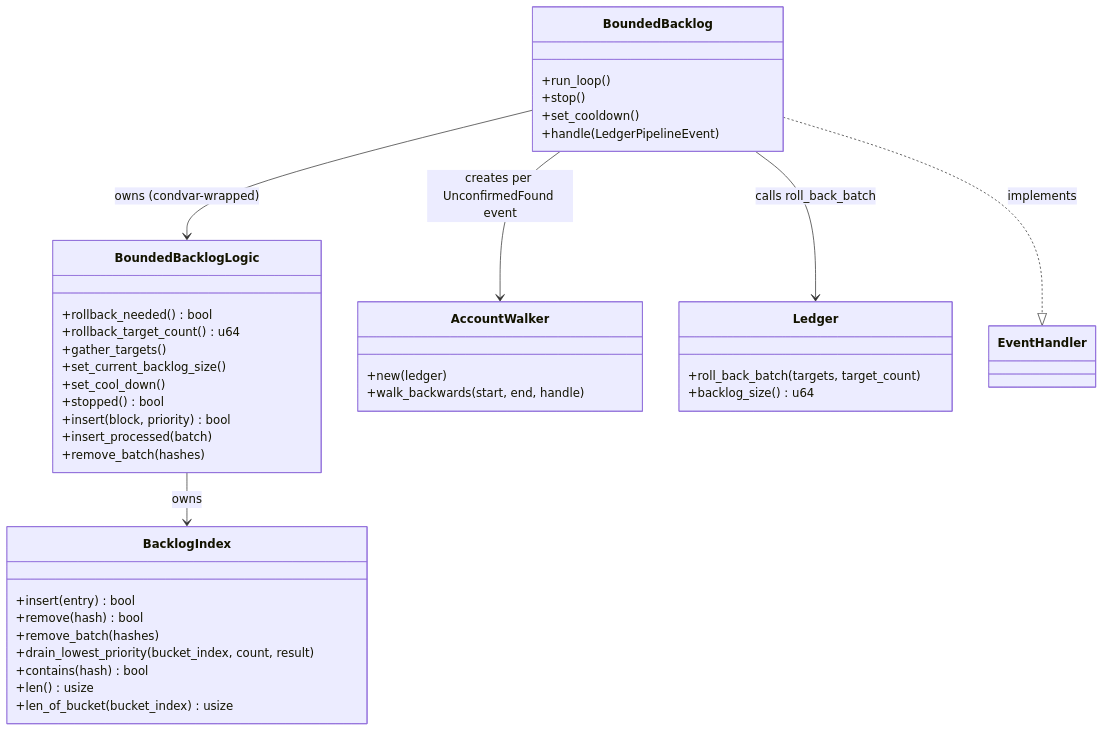
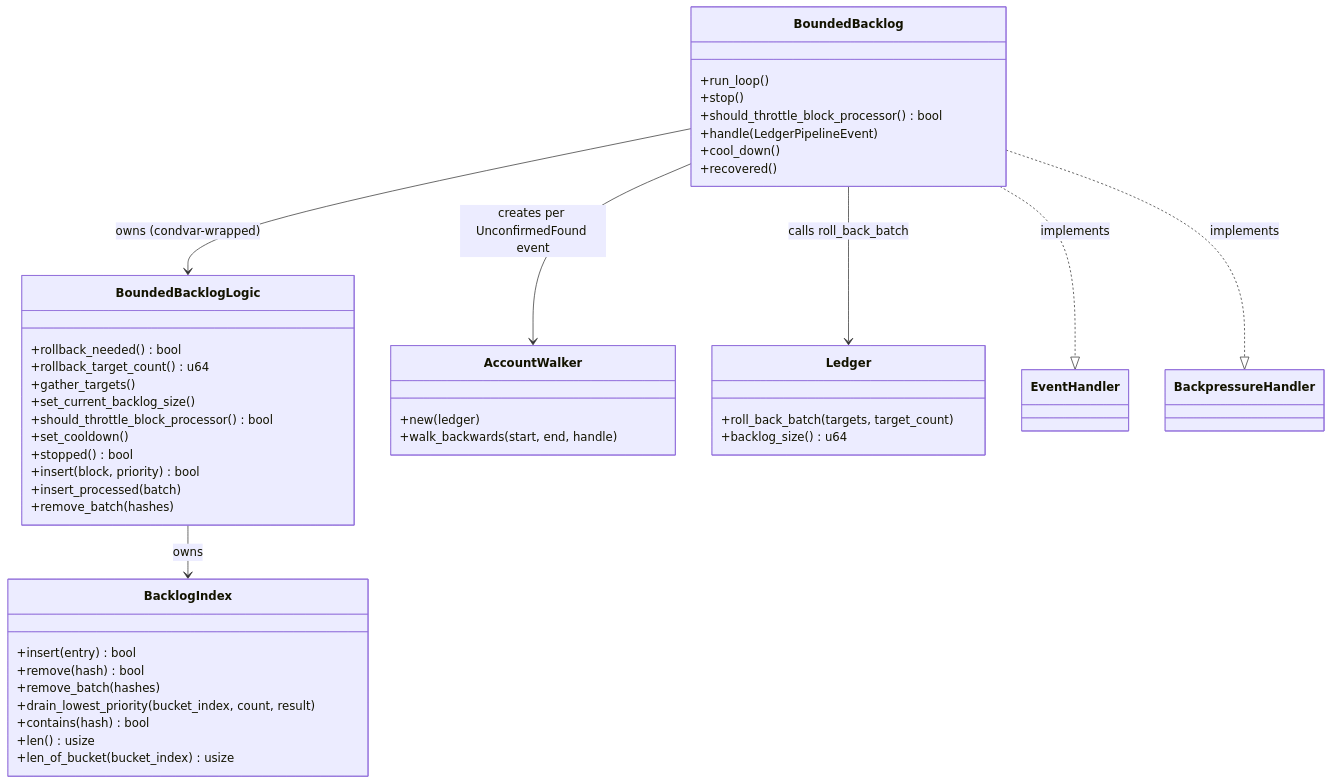
The diagram in node/src/block_processing/bounded_backlog/README.md (Fiono11/rsnano-node), drawn with Mermaid before and after one commit. The commit also changed other lines of this file, not shown here.

First line of the commit message:
Update BoundedBacklog README to reflect current implementation

````diff
--- a/node/src/block_processing/bounded_backlog/README.md
+++ b/node/src/block_processing/bounded_backlog/README.md
@@ -59,47 +70,51 @@
 ```mermaid
 classDiagram
     class BoundedBacklog {
         +run_loop()
         +stop()
-        +set_cooldown()
+        +should_throttle_block_processor() bool
         +handle(LedgerPipelineEvent)
+        +cool_down()
+        +recovered()
     }
 
     class BoundedBacklogLogic {
         +rollback_needed() bool
         +rollback_target_count() u64
         +gather_targets()
         +set_current_backlog_size()
-        +set_cool_down()
+        +should_throttle_block_processor() bool
+        +set_cooldown()
         +stopped() bool
         +insert(block, priority) bool
         +insert_processed(batch)
         +remove_batch(hashes)
     }
 
     class BacklogIndex {
         +insert(entry) bool
         +remove(hash) bool
         +remove_batch(hashes)
         +drain_lowest_priority(bucket_index, count, result)
         +contains(hash) bool
         +len() usize
         +len_of_bucket(bucket_index) usize
     }
 
     class AccountWalker {
         +new(ledger)
         +walk_backwards(start, end, handle)
     }
 
     class Ledger {
         +roll_back_batch(targets, target_count)
         +backlog_size() u64
     }
 
     BoundedBacklog --> BoundedBacklogLogic : owns (condvar-wrapped)
     BoundedBacklog --> AccountWalker : creates per UnconfirmedFound event
     BoundedBacklog --> Ledger : calls roll_back_batch
     BoundedBacklogLogic --> BacklogIndex : owns
     BoundedBacklog ..|> EventHandler : implements
+    BoundedBacklog ..|> BackpressureHandler : implements
 ```
````
